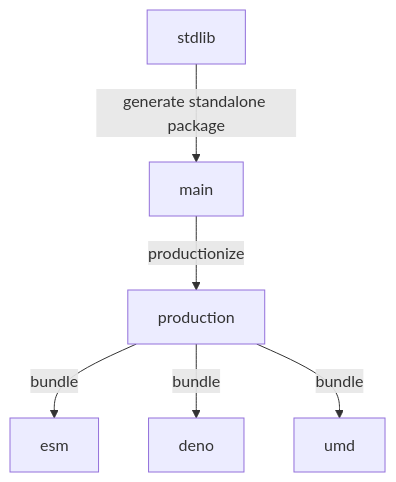
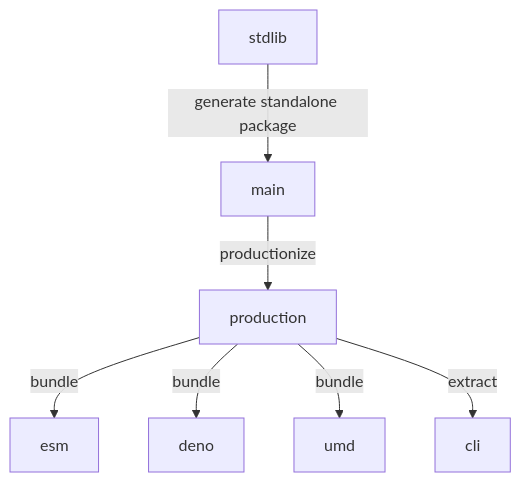
The diagram in branches.md (stdlib-js/streams-node-empty), drawn with Mermaid before and after one commit. The commit also changed other lines of this file and 8 other files, not shown here.

````diff
--- a/branches.md
+++ b/branches.md
@@ -33,15 +34,17 @@
 ```mermaid
 graph TD;
 A[stdlib]-->|generate standalone package|B;
 B[main] -->|productionize| C[production];
 C -->|bundle| D[esm];
 C -->|bundle| E[deno];
 C -->|bundle| F[umd];
+C -->|extract| G[cli];
 
-click A href "https://github.com/stdlib-js/stdlib/tree/develop/lib/node_modules/%40stdlib/streams/node/empty"
-click B href "https://github.com/stdlib-js/streams-node-empty/tree/main"
-click C href "https://github.com/stdlib-js/streams-node-empty/tree/production"
-click D href "https://github.com/stdlib-js/streams-node-empty/tree/esm"
-click E href "https://github.com/stdlib-js/streams-node-empty/tree/deno"
-click F href "https://github.com/stdlib-js/streams-node-empty/tree/umd"
+%% click A href "https://github.com/stdlib-js/stdlib/tree/develop/lib/node_modules/%40stdlib/streams/node/empty"
+%% click B href "https://github.com/stdlib-js/streams-node-empty/tree/main"
+%% click C href "https://github.com/stdlib-js/streams-node-empty/tree/production"
+%% click D href "https://github.com/stdlib-js/streams-node-empty/tree/esm"
+%% click E href "https://github.com/stdlib-js/streams-node-empty/tree/deno"
+%% click F href "https://github.com/stdlib-js/streams-node-empty/tree/umd"
+%% click G href "https://github.com/stdlib-js/streams-node-empty/tree/cli"
 ```
````
